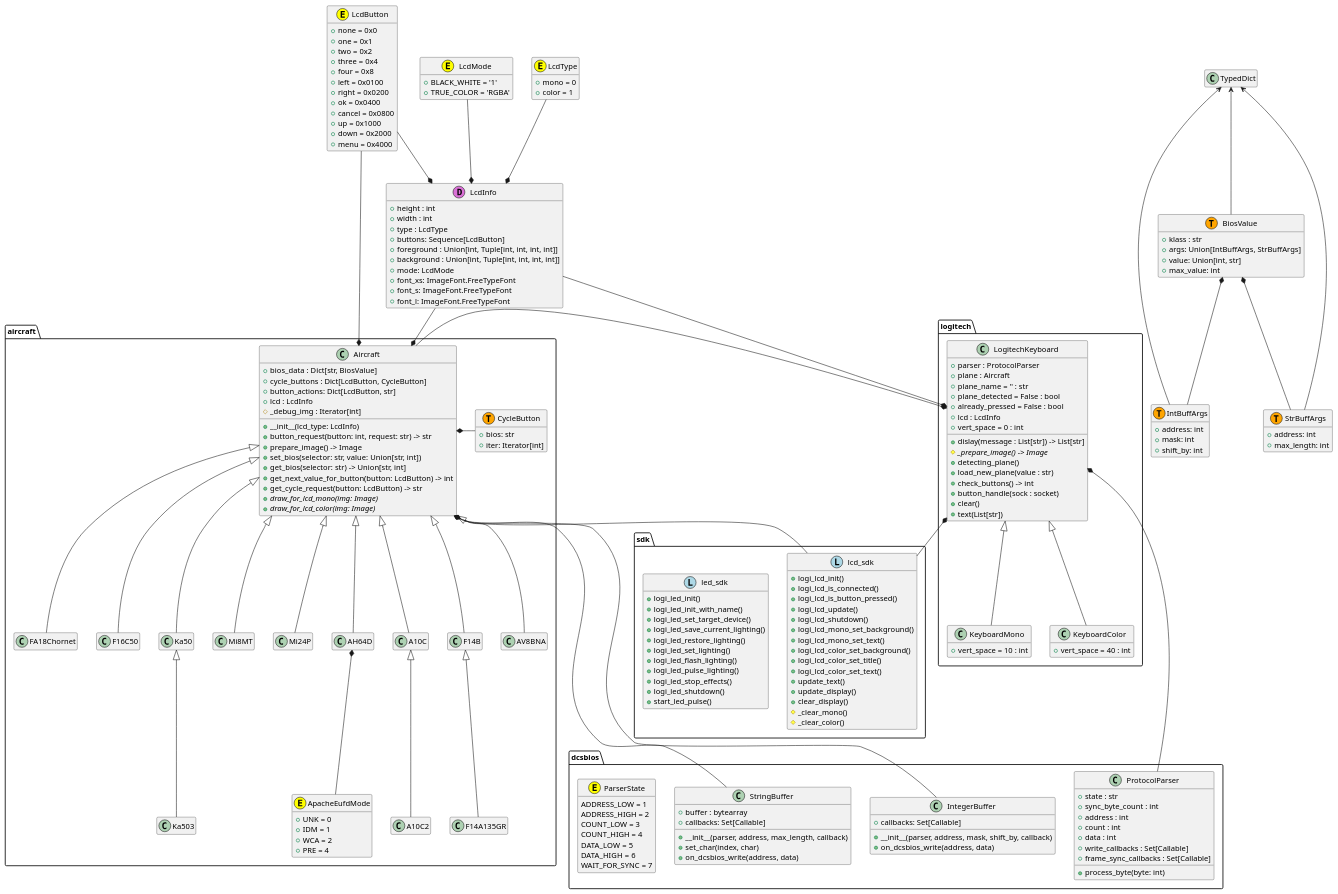
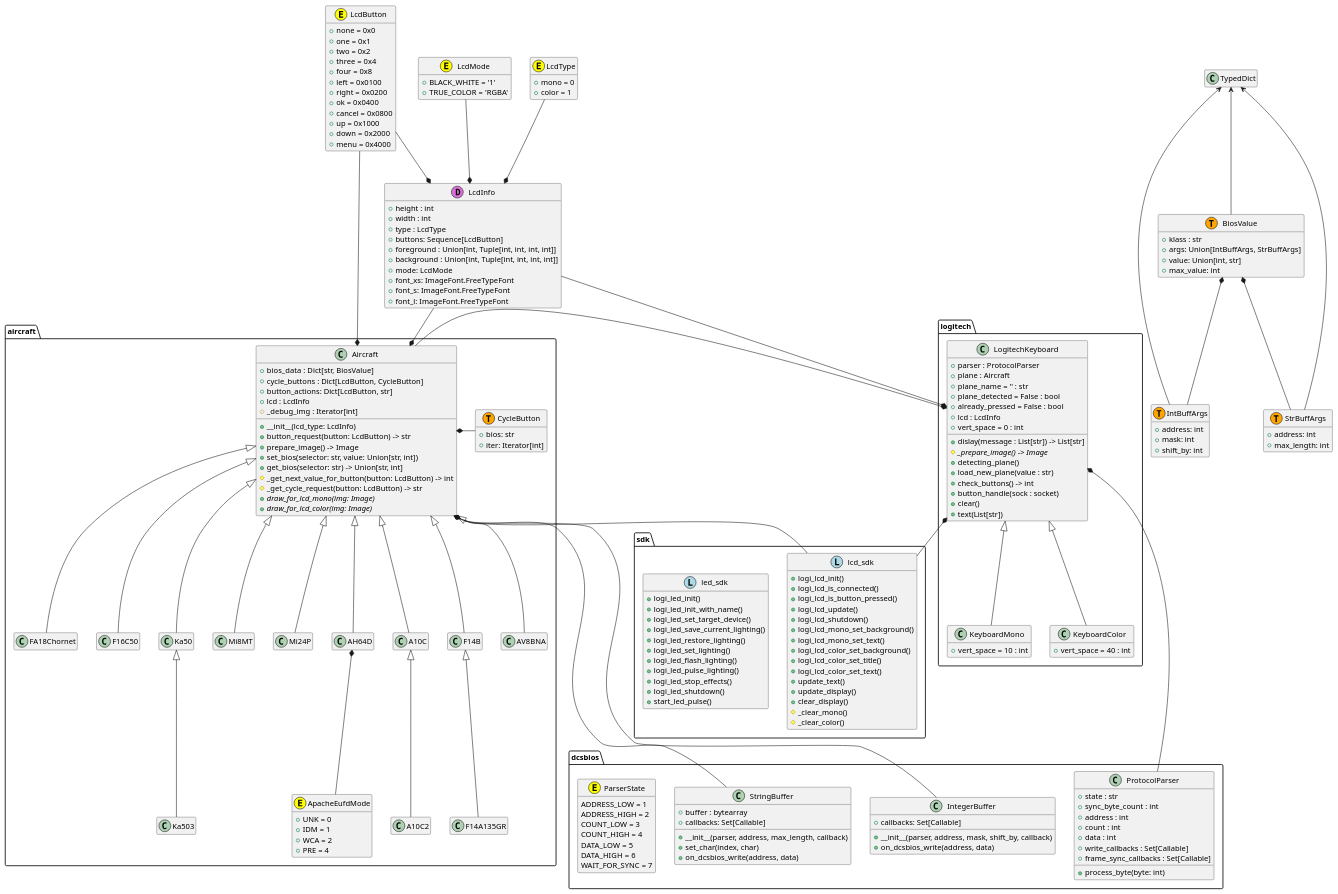
The diagram in uml/classes.puml (emcek/dcspy), drawn with PlantUML before and after one commit.

Commit message:
update UML

```diff
--- a/uml/classes.puml
+++ b/uml/classes.puml
@@ -91,12 +91,12 @@
         + lcd : LcdInfo
         # _debug_img : Iterator[int]
         + __init__(lcd_type: LcdInfo)
-        + button_request(button: int, request: str) -> str
+        + button_request(button: LcdButton) -> str
         + prepare_image() -> Image
         + set_bios(selector: str, value: Union[str, int])
         + get_bios(selector: str) -> Union[str, int]
-        + get_next_value_for_button(button: LcdButton) -> int
-        + get_cycle_request(button: LcdButton) -> str
+        # _get_next_value_for_button(button: LcdButton) -> int
+        # _get_cycle_request(button: LcdButton) -> str
         + {abstract} draw_for_lcd_mono(img: Image)
         + {abstract} draw_for_lcd_color(img: Image)
     }
```
